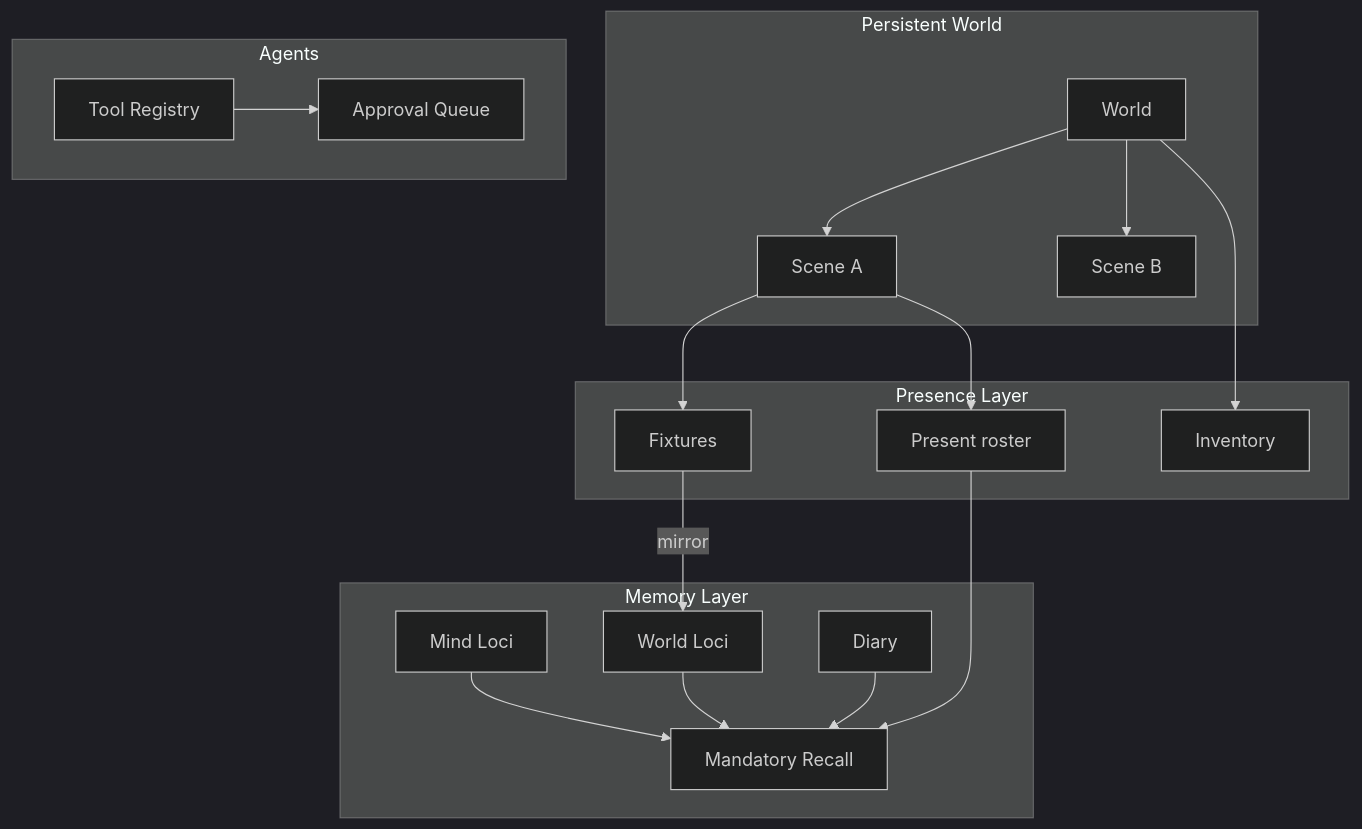
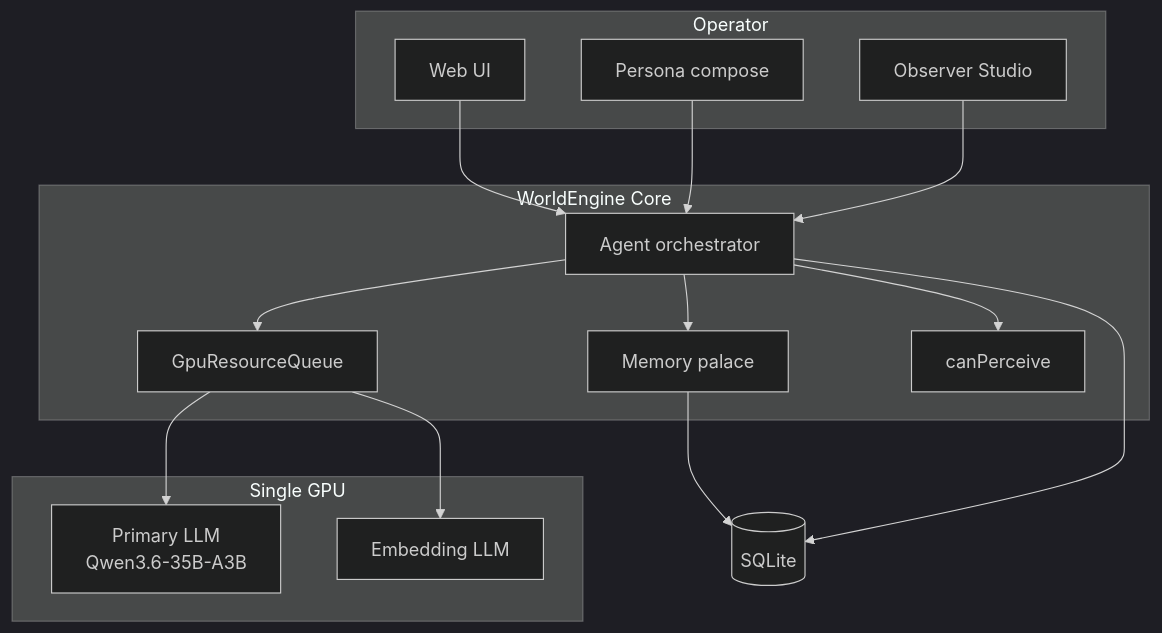
The diagram in docs/README.md (claywar/Altrasia), drawn with Mermaid (dark theme) before and after one commit. The commit also changed other lines of this file and 20 other files, not shown here.

First line of the commit message:
docs: Complete WorldEngine v1 design specification

````diff
--- a/docs/README.md
+++ b/docs/README.md
@@ -33,37 +48,33 @@
 ```mermaid
 flowchart TB
-  subgraph world [Persistent World]
-    W[World]
-    S1[Scene A]
-    S2[Scene B]
-    W --> S1
-    W --> S2
+  subgraph client [Operator]
+    WebUI[Web UI]
+    Persona[Persona compose]
+    Studio[Observer Studio]
   end
 
-  subgraph memory [Memory Layer]
-    Mind[Mind Loci]
-    WorldPool[World Loci]
-    Diary[Diary]
-    Recall[Mandatory Recall]
-    Mind --> Recall
-    WorldPool --> Recall
-    Diary --> Recall
+  subgraph core [WorldEngine Core]
+    AO[Agent orchestrator]
+    IQ[GpuResourceQueue]
+    Mem[Memory palace]
+    Perc[canPerceive]
   end
 
-  subgraph presence [Presence Layer]
-    Present[Present roster]
-    Fixtures[Fixtures]
-    Inv[Inventory]
-    S1 --> Present
-    S1 --> Fixtures
-    W --> Inv
+  subgraph gpu [Single GPU]
+    Primary["Primary LLM\nQwen3.6-35B-A3B"]
+    Embed[Embedding LLM]
   end
 
-  subgraph agents [Agents]
-    Tools[Tool Registry]
-    Tools --> Approval[Approval Queue]
-  end
+  DB[(SQLite)]
 
-  Fixtures -->|mirror| WorldPool
-  Present --> Recall
+  WebUI --> AO
+  Persona --> AO
+  Studio --> AO
+  AO --> IQ
+  AO --> Mem
+  AO --> Perc
+  IQ --> Primary
+  IQ --> Embed
+  Mem --> DB
+  AO --> DB
 ```
````
